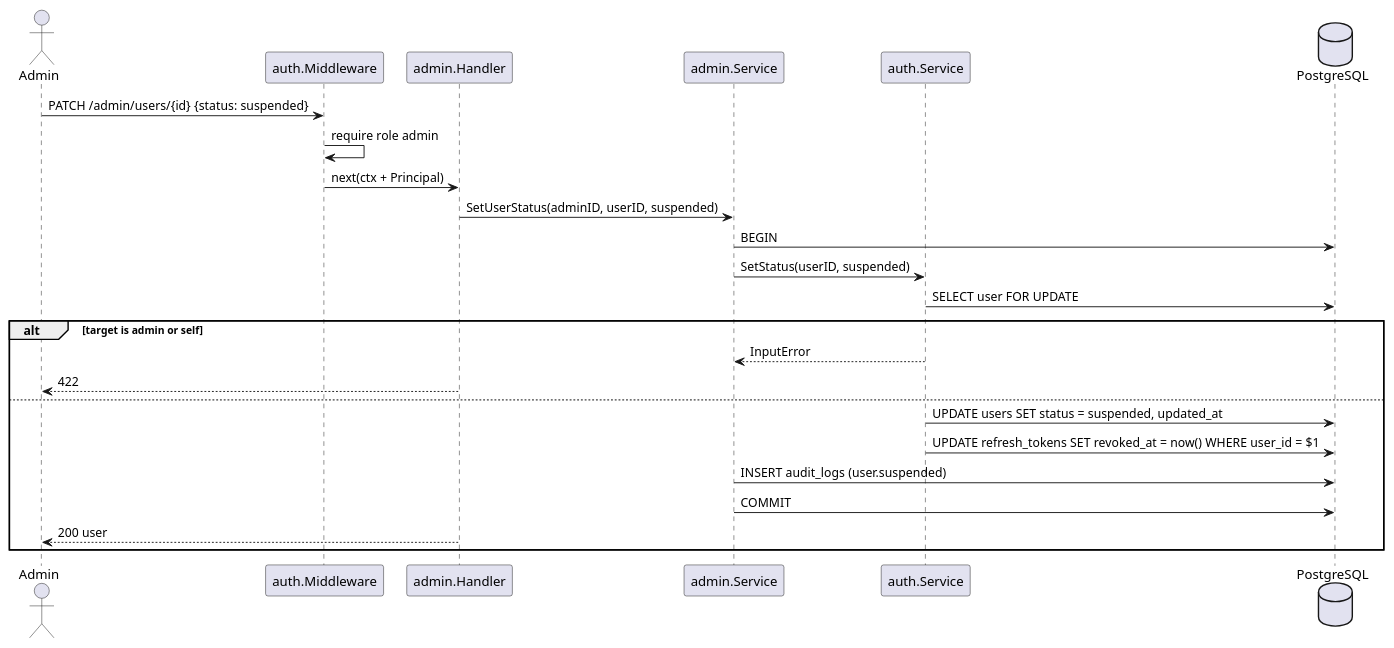
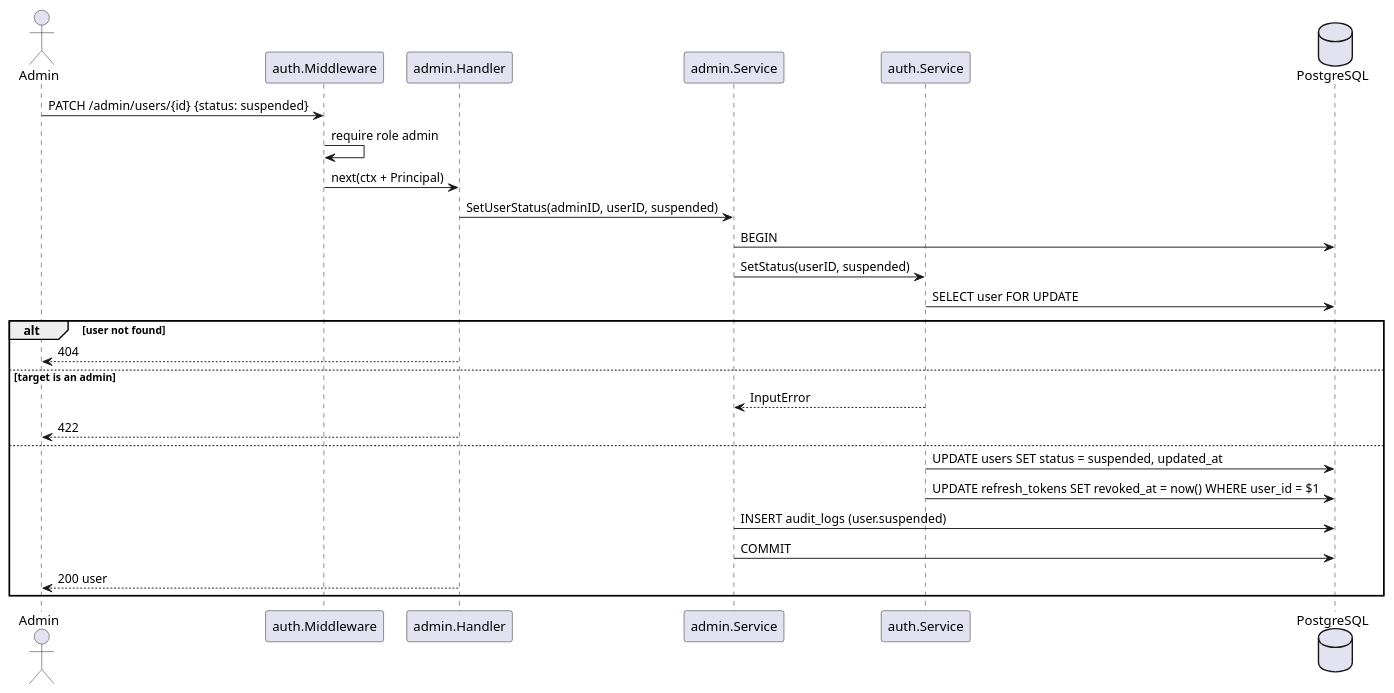
Before and after one commit to Titip-Dong/titipdong-be: the first of 2 diagrams in docs/features/admin.md, drawn with PlantUML. The commit also changed other lines of this file and 11 other files, not shown here.

````diff
--- a/docs/features/admin.md
+++ b/docs/features/admin.md
@@ -154,28 +80,30 @@
 ```plantuml
 @startuml
 actor Admin
 participant "auth.Middleware" as M
 participant "admin.Handler" as H
 participant "admin.Service" as S
 participant "auth.Service" as A
 database PostgreSQL as DB
 
 Admin -> M : PATCH /admin/users/{id} {status: suspended}
 M -> M : require role admin
 M -> H : next(ctx + Principal)
 H -> S : SetUserStatus(adminID, userID, suspended)
 S -> DB : BEGIN
 S -> A : SetStatus(userID, suspended)
 A -> DB : SELECT user FOR UPDATE
-alt target is admin or self
+alt user not found
+  H --> Admin : 404
+else target is an admin
   A --> S : InputError
   H --> Admin : 422
 else
   A -> DB : UPDATE users SET status = suspended, updated_at
   A -> DB : UPDATE refresh_tokens SET revoked_at = now() WHERE user_id = $1
   S -> DB : INSERT audit_logs (user.suspended)
   S -> DB : COMMIT
   H --> Admin : 200 user
 end
 @enduml
 ```
````
